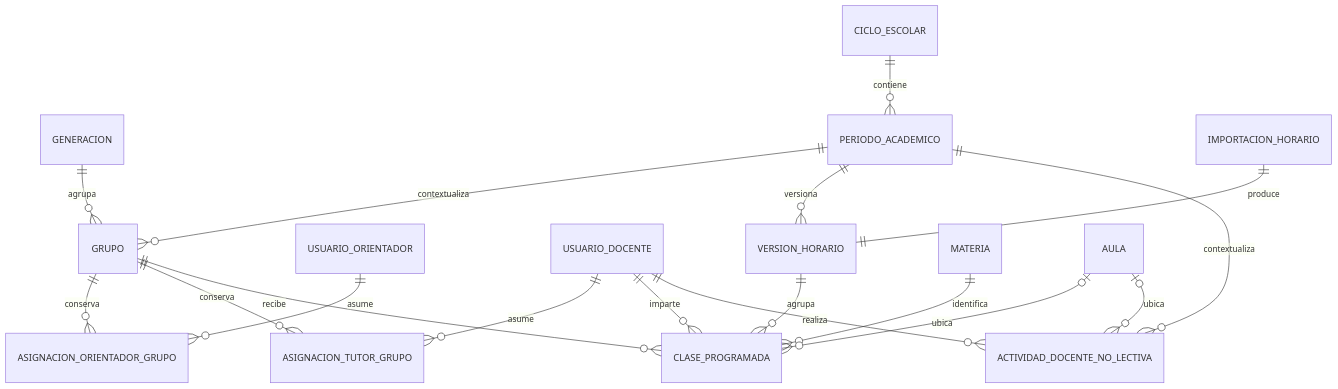
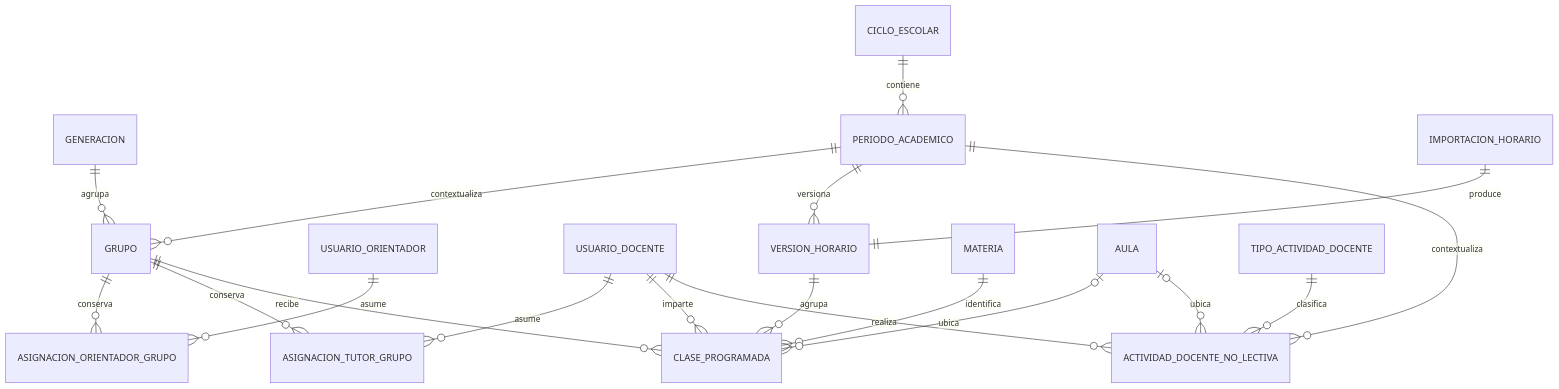
The diagram in docs/architecture/academic-scheduling-redesign.md (leonardoortegaom-arch/cobaem30), drawn with Mermaid before and after one commit. The commit also changed other lines of this file and 2 other files, not shown here.

````diff
--- a/docs/architecture/academic-scheduling-redesign.md
+++ b/docs/architecture/academic-scheduling-redesign.md
@@ -433,23 +432,24 @@
 ```mermaid
 erDiagram
     GENERACION ||--o{ GRUPO : agrupa
     CICLO_ESCOLAR ||--o{ PERIODO_ACADEMICO : contiene
     PERIODO_ACADEMICO ||--o{ GRUPO : contextualiza
 
     GRUPO ||--o{ ASIGNACION_ORIENTADOR_GRUPO : conserva
     USUARIO_ORIENTADOR ||--o{ ASIGNACION_ORIENTADOR_GRUPO : asume
     GRUPO ||--o{ ASIGNACION_TUTOR_GRUPO : conserva
     USUARIO_DOCENTE ||--o{ ASIGNACION_TUTOR_GRUPO : asume
 
     PERIODO_ACADEMICO ||--o{ VERSION_HORARIO : versiona
     IMPORTACION_HORARIO ||--|| VERSION_HORARIO : produce
     VERSION_HORARIO ||--o{ CLASE_PROGRAMADA : agrupa
     GRUPO ||--o{ CLASE_PROGRAMADA : recibe
     USUARIO_DOCENTE ||--o{ CLASE_PROGRAMADA : imparte
     MATERIA ||--o{ CLASE_PROGRAMADA : identifica
     AULA o|--o{ CLASE_PROGRAMADA : ubica
 
     PERIODO_ACADEMICO ||--o{ ACTIVIDAD_DOCENTE_NO_LECTIVA : contextualiza
     USUARIO_DOCENTE ||--o{ ACTIVIDAD_DOCENTE_NO_LECTIVA : realiza
+    TIPO_ACTIVIDAD_DOCENTE ||--o{ ACTIVIDAD_DOCENTE_NO_LECTIVA : clasifica
     AULA o|--o{ ACTIVIDAD_DOCENTE_NO_LECTIVA : ubica
 ```
````
